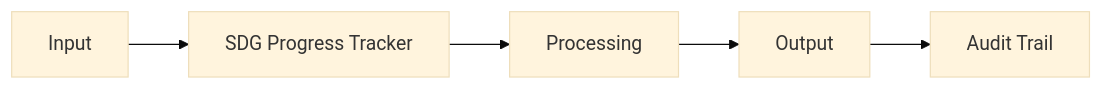
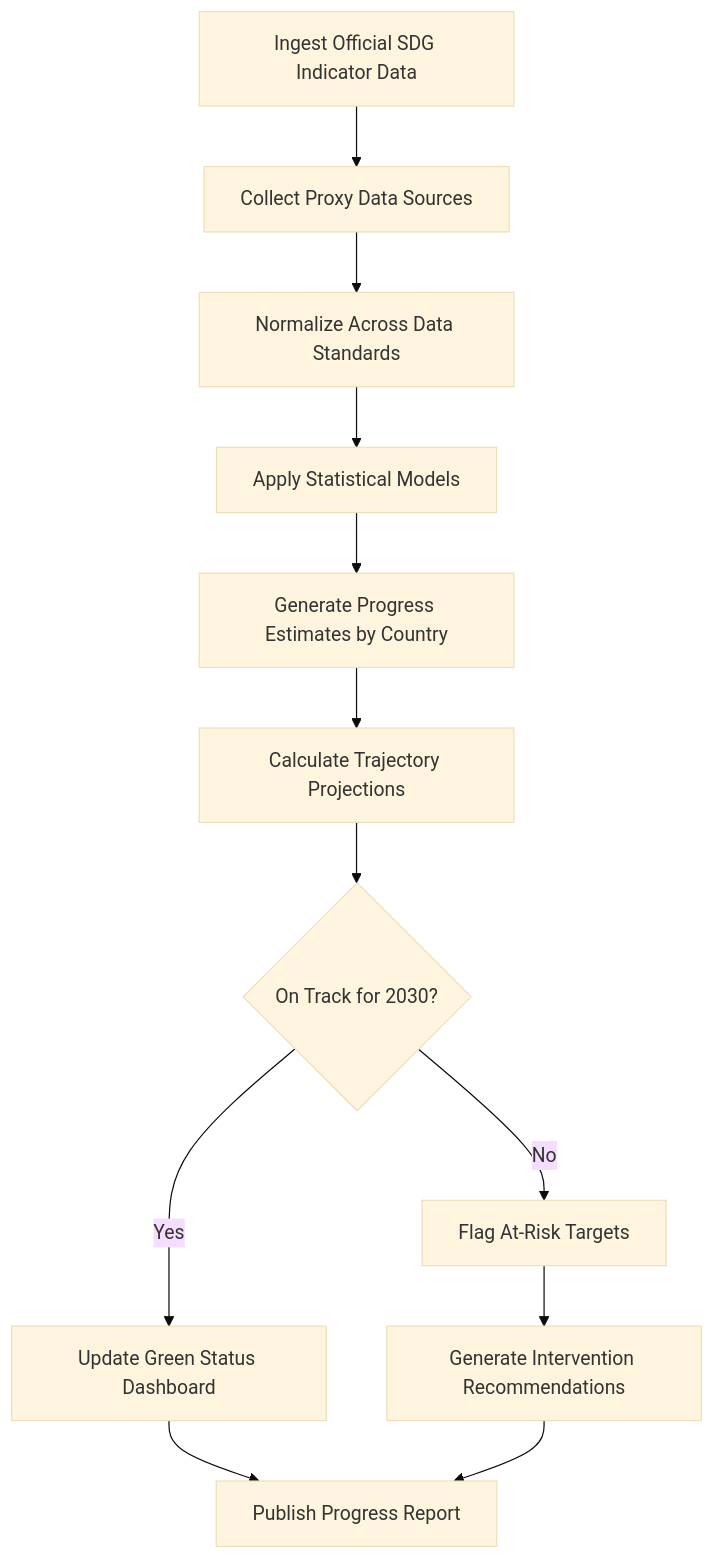
Before and after one commit to andrew-leo-2024/marketplace-docs: the diagram in docs/audiences/04-international-institutions/sdg-progress-tracker.mdx, drawn with Mermaid (base theme). The commit also changed other lines of this file and 401 other files, not shown here.

````diff
--- a/docs/audiences/04-international-institutions/sdg-progress-tracker.mdx
+++ b/docs/audiences/04-international-institutions/sdg-progress-tracker.mdx
@@ -29,7 +35,14 @@
 ```mermaid
-graph LR
-    A[Input] --> B[SDG Progress Tracker]
-    B --> C[Processing]
-    C --> D[Output]
-    D --> E[Audit Trail]
+graph TD
+    A[Ingest Official SDG Indicator Data] --> B[Collect Proxy Data Sources]
+    B --> C[Normalize Across Data Standards]
+    C --> D[Apply Statistical Models]
+    D --> E[Generate Progress Estimates by Country]
+    E --> F[Calculate Trajectory Projections]
+    F --> G{On Track for 2030?}
+    G -->|Yes| H[Update Green Status Dashboard]
+    G -->|No| I[Flag At-Risk Targets]
+    I --> J[Generate Intervention Recommendations]
+    H --> K[Publish Progress Report]
+    J --> K
 ```
````
